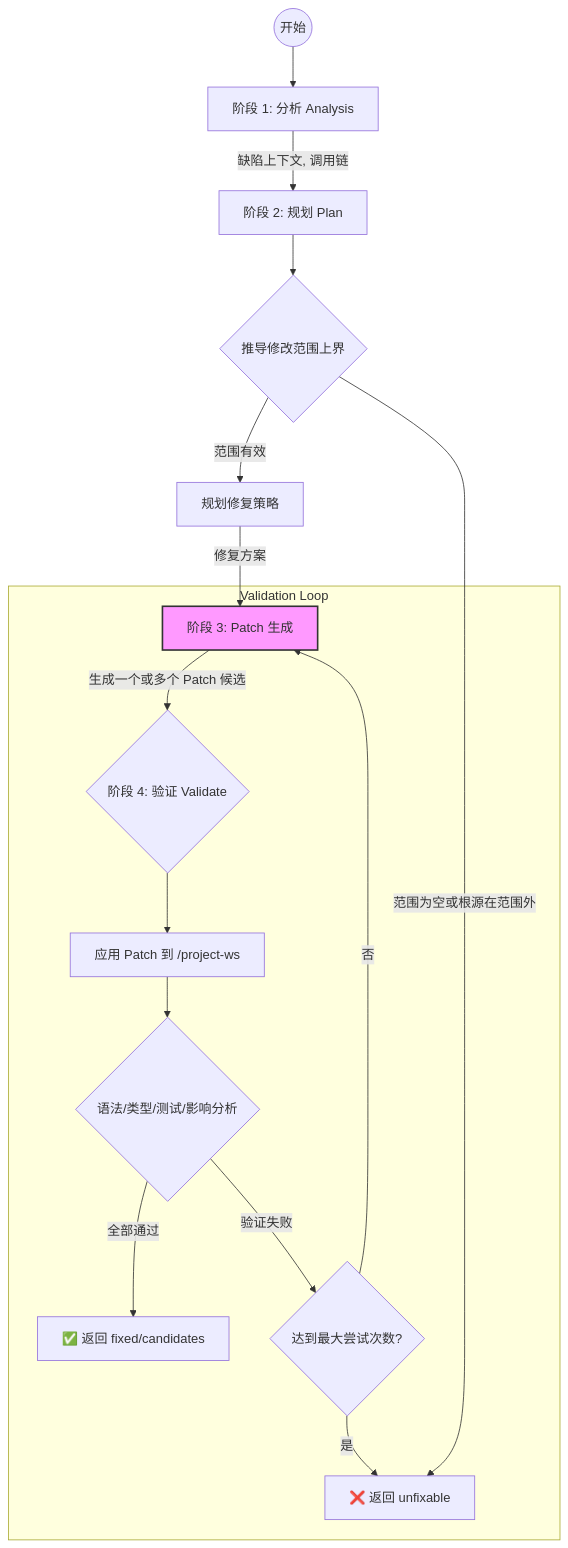
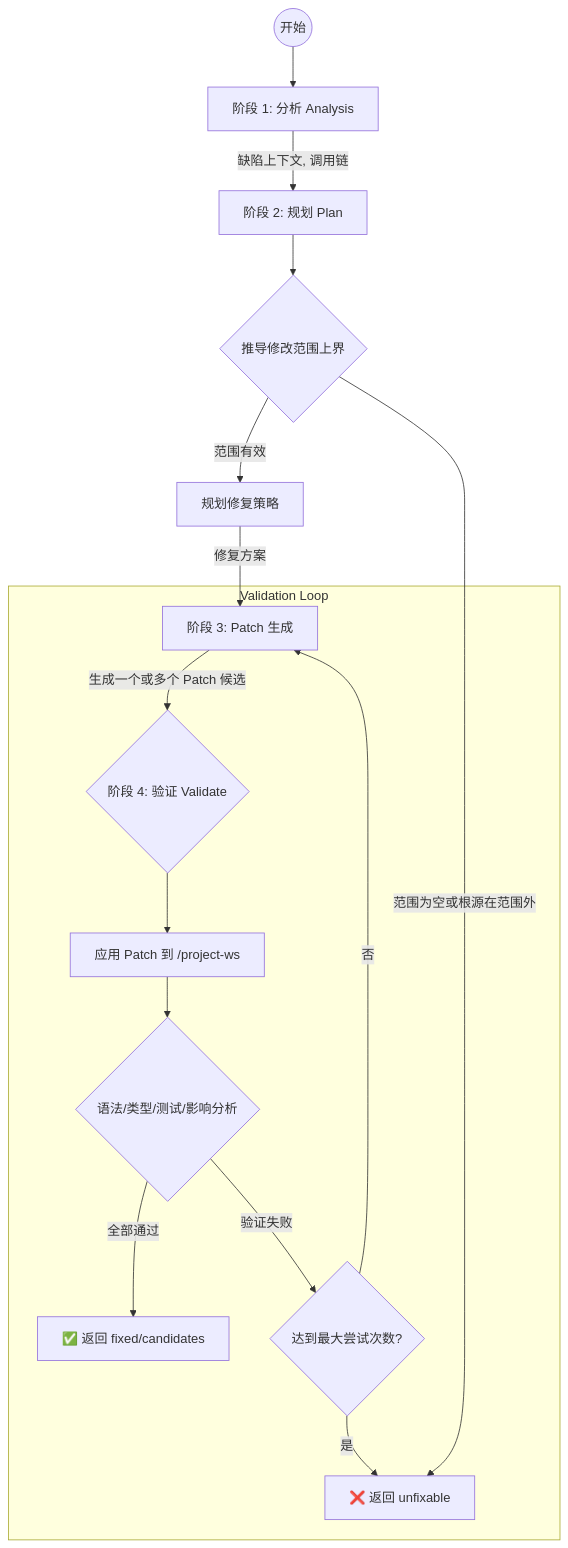
The second of 2 diagrams in document/tester.md (sinv39/ai-coder), drawn with Mermaid before and after one commit. The commit also changed other lines of this file, not shown here.

````diff
--- a/document/tester.md
+++ b/document/tester.md
@@ -154,21 +135,19 @@
 ```mermaid
 graph TD
     Start((开始)) --> A[阶段 1: 分析 Analysis];
     A -- 缺陷上下文, 调用链 --> B[阶段 2: 规划 Plan];
     B --> B1{推导修改范围上界};
     B1 -- 范围有效 --> B2[规划修复策略];
     B1 -- 范围为空或根源在范围外 --> End_Unfixable["❌ 返回 unfixable"];
     B2 -- 修复方案 --> C[阶段 3: Patch 生成];
     C -- 生成一个或多个 Patch 候选 --> D{阶段 4: 验证 Validate};
     
     subgraph Validation Loop
         D --> D1[应用 Patch 到 /project-ws];
         D1 --> D2{语法/类型/测试/影响分析};
         D2 -- 全部通过 --> End_Fixed["✅ 返回 fixed/candidates"];
         D2 -- 验证失败 --> D3{达到最大尝试次数?};
         D3 -- 否 --> C;
         D3 -- 是 --> End_Unfixable;
     end
-
-    style C fill:#f9f,stroke:#333,stroke-width:2px
 ```
````
